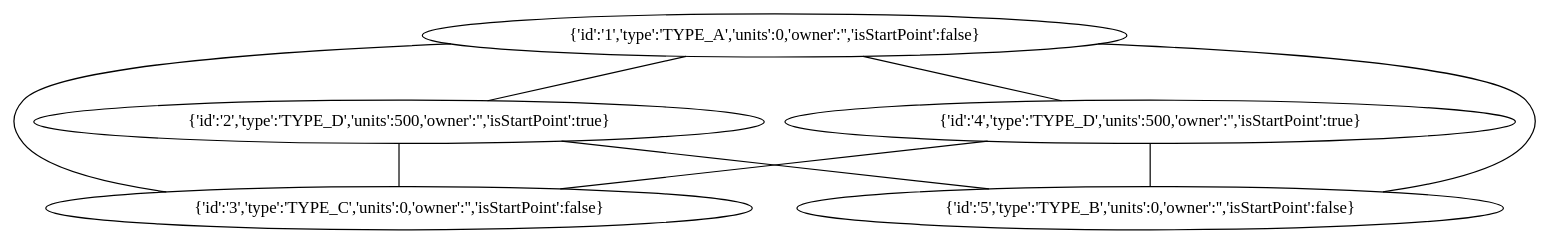
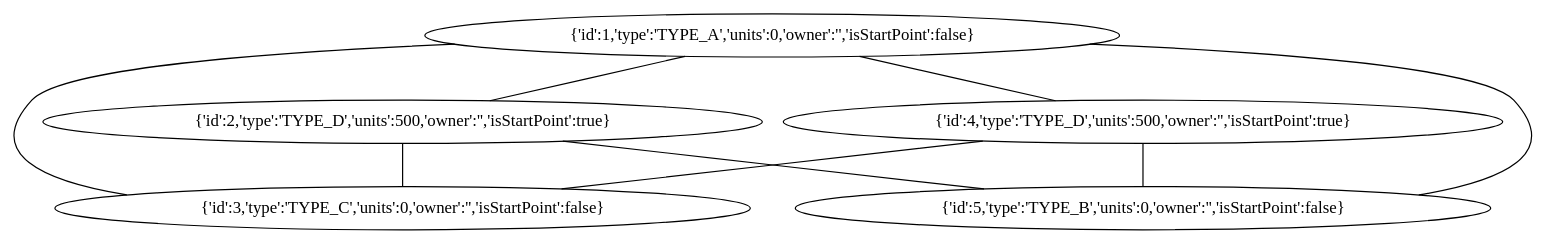
Before and after one commit to burningrain/planetBot: the diagram in map-service/maps/test1.gv, drawn with Graphviz. The commit also changed 11 other files, not shown here.

Commit message:
#5 Валидация по схемам вшитым в бандл

```diff
--- a/map-service/maps/test1.gv
+++ b/map-service/maps/test1.gv
@@ -1,15 +1,15 @@
 graph "{'galaxyType':'SMALL_BASES'}" {
-    1[label="{'id':'1','type':'TYPE_A','units':0,'owner':'','isStartPoint':false}"];
-    2[label="{'id':'2','type':'TYPE_D','units':500,'owner':'','isStartPoint':true}"];
-    3[label="{'id':'3','type':'TYPE_C','units':0,'owner':'','isStartPoint':false}"];
-    4[label="{'id':'4','type':'TYPE_D','units':500,'owner':'','isStartPoint':true}"];
-    5[label="{'id':'5','type':'TYPE_B','units':0,'owner':'','isStartPoint':false}"];    
+    1[label="{'id':1,'type':'TYPE_A','units':0,'owner':'','isStartPoint':false}"];
+    2[label="{'id':2,'type':'TYPE_D','units':500,'owner':'','isStartPoint':true}"];
+    3[label="{'id':3,'type':'TYPE_C','units':0,'owner':'','isStartPoint':false}"];
+    4[label="{'id':4,'type':'TYPE_D','units':500,'owner':'','isStartPoint':true}"];
+    5[label="{'id':5,'type':'TYPE_B','units':0,'owner':'','isStartPoint':false}"];    
     1 -- 2;
     1 -- 3;
     1 -- 4;
     1 -- 5;
     2 -- 3;
     2 -- 5;
     4 -- 3;
     4 -- 5;
 }
```
